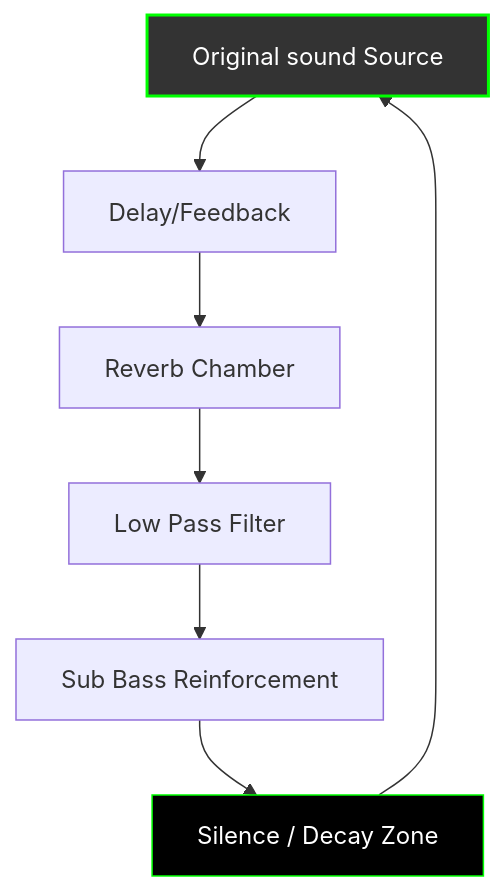
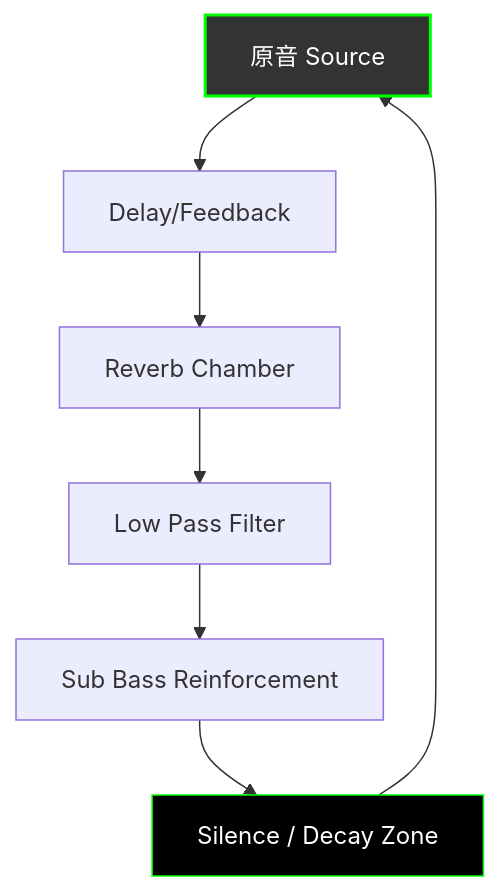
The diagram in en/_posts/2025-11-01-column-basic-channel.md (monumental-movement/monumental-movement.github.io), drawn with Mermaid before and after one commit. The commit also changed other lines of this file and 1724 other files, not shown here.

```diff
--- a/en/_posts/2025-11-01-column-basic-channel.md
+++ b/en/_posts/2025-11-01-column-basic-channel.md
@@ -163,13 +164,13 @@
 <div class="mermaid">
 
 graph TD
-A[Original sound Source] --> B[Delay/Feedback]
-B --> C[Reverb Chamber]
-C --> D[Low Pass Filter]
-D --> E[Sub Bass Reinforcement]
-E --> F[Silence / Decay Zone]
-F --> A
-style A fill:#333,stroke:#0f0,stroke-width:2px,color:#fff
-style F fill:#000,stroke:#0f0,color:#fff
+    A[原音 Source] --> B[Delay/Feedback]
+    B --> C[Reverb Chamber]
+    C --> D[Low Pass Filter]
+    D --> E[Sub Bass Reinforcement]
+    E --> F[Silence / Decay Zone]
+    F --> A
+    style A fill:#333,stroke:#0f0,stroke-width:2px,color:#fff
+    style F fill:#000,stroke:#0f0,color:#fff
 
 </div>
```
